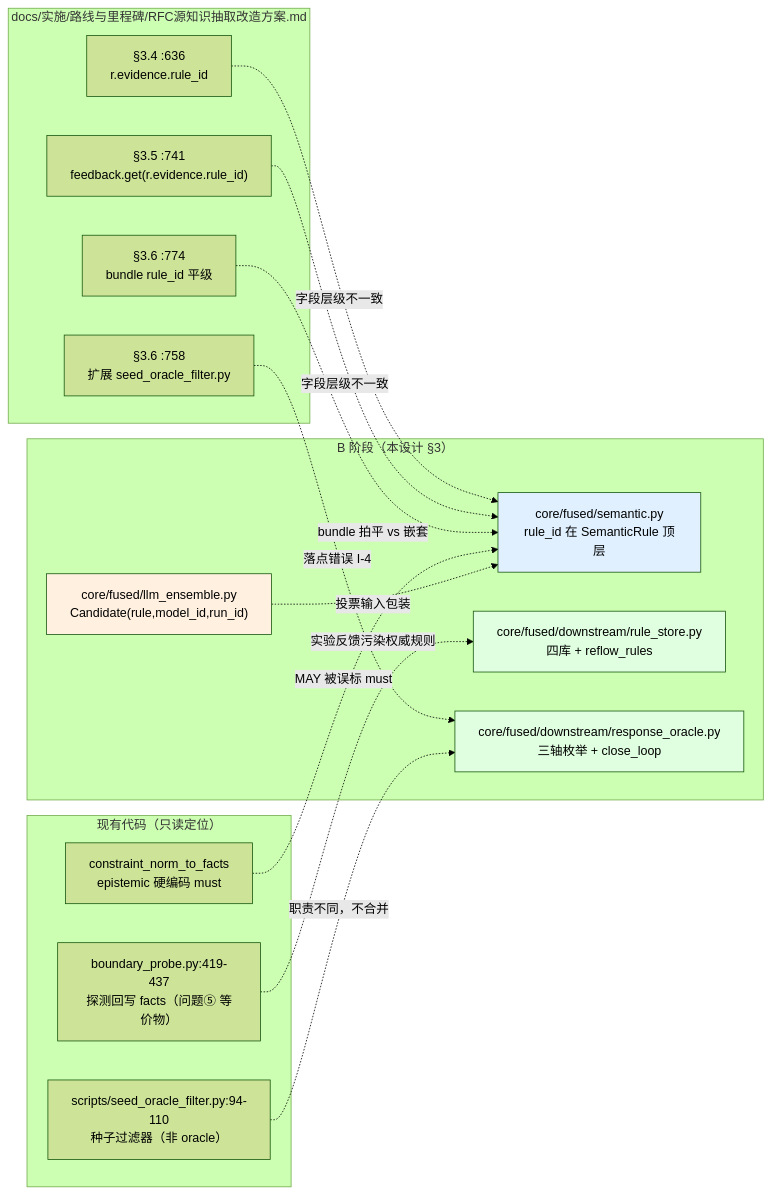
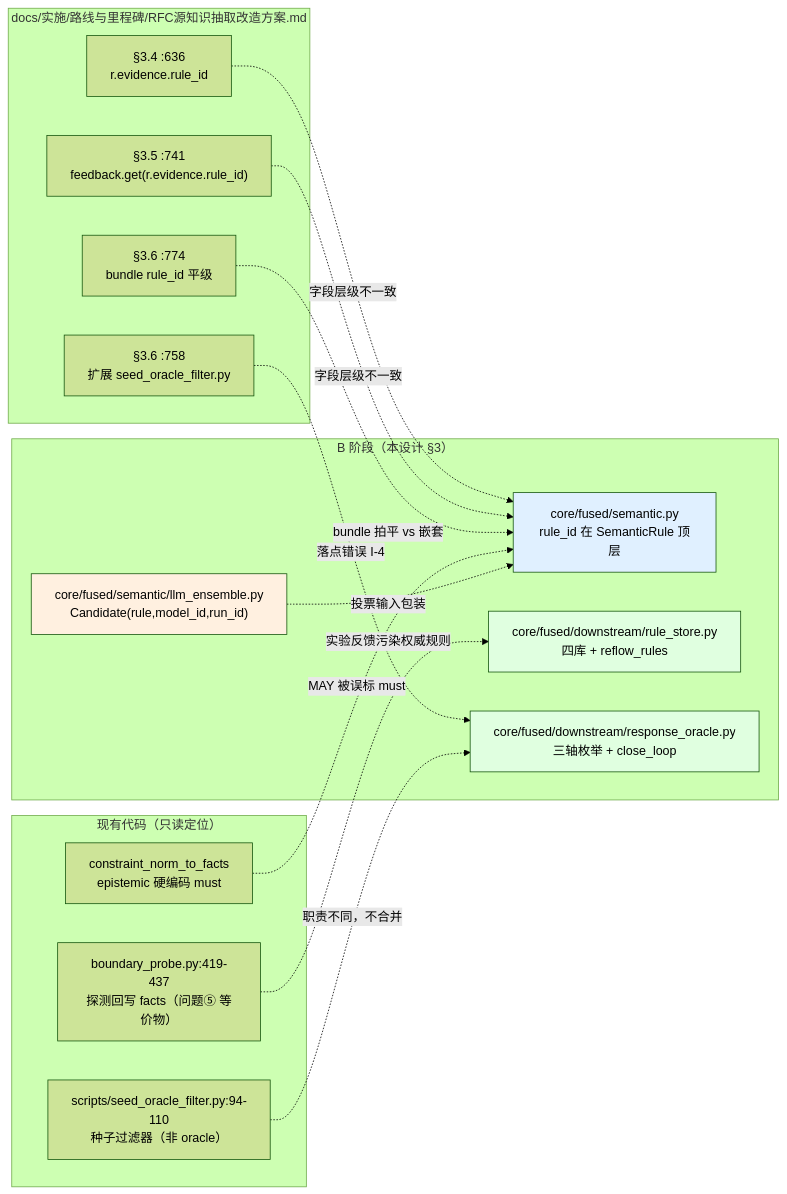
One commit to sssxzl/ProtoKG changed the fourth of 4 diagrams in docs/实施/路线与里程碑/RFC源里程碑路线图.md. Above: the diagram before and after it, drawn with Mermaid (forest theme). The commit also changed other lines of this file and 121 other files, not shown here.

First line of the commit message:
refactor(core): 代码层按层分目录 —— core/fused/ 顶层不再混放层代码

````diff
--- a/docs/实施/路线与里程碑/RFC源里程碑路线图.md
+++ b/docs/实施/路线与里程碑/RFC源里程碑路线图.md
@@ -883,36 +883,36 @@
 ```mermaid
 graph LR
     subgraph DOC["docs/实施/路线与里程碑/RFC源知识抽取改造方案.md"]
         D1["§3.4 :636<br/>r.evidence.rule_id"]
         D2["§3.5 :741<br/>feedback.get(r.evidence.rule_id)"]
         D3["§3.6 :758<br/>扩展 seed_oracle_filter.py"]
         D4["§3.6 :774<br/>bundle rule_id 平级"]
     end
 
     subgraph B["B 阶段（本设计 §3）"]
         SEM["core/fused/semantic.py<br/>rule_id 在 SemanticRule 顶层"]
         RO["core/fused/downstream/rule_store.py<br/>四库 + reflow_rules"]
         ORC["core/fused/downstream/response_oracle.py<br/>三轴枚举 + close_loop"]
-        ENS["core/fused/llm_ensemble.py<br/>Candidate(rule,model_id,run_id)"]
+        ENS["core/fused/semantic/llm_ensemble.py<br/>Candidate(rule,model_id,run_id)"]
     end
 
     subgraph CODE["现有代码（只读定位）"]
         SSF["scripts/seed_oracle_filter.py:94-110<br/>种子过滤器（非 oracle）"]
         BP["boundary_probe.py:419-437<br/>探测回写 facts（问题⑤ 等价物）"]
         CN["constraint_norm_to_facts<br/>epistemic 硬编码 must"]
     end
 
     D1 -.字段层级不一致.-> SEM
     D2 -.字段层级不一致.-> SEM
     D4 -.bundle 拍平 vs 嵌套.-> SEM
     D3 -.落点错误 I-4.-> ORC
     SSF -.职责不同，不合并.-> ORC
     BP -.实验反馈污染权威规则.-> RO
     CN -.MAY 被误标 must.-> SEM
     ENS -.投票输入包装.-> SEM
 
     style SEM fill:#e0f0ff
     style ORC fill:#e0ffe0
     style RO fill:#e0ffe0
     style ENS fill:#fff0e0
 ```
````
